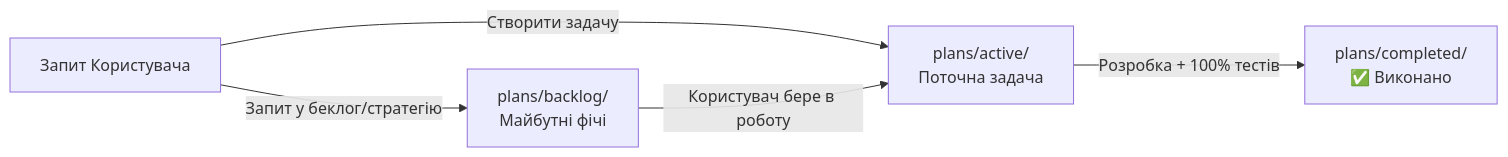
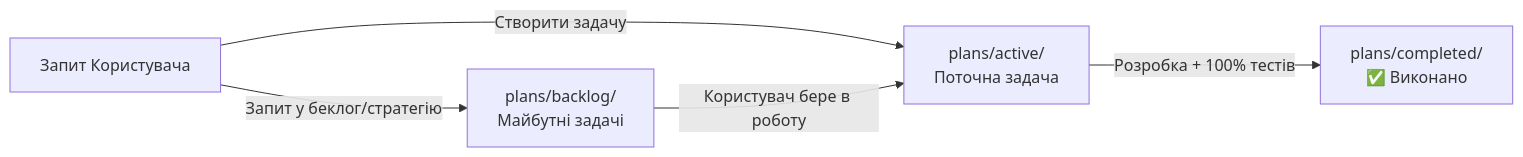
One commit to OlegFutornoi/SmartFeedStudio changed the diagram in plans/README.md. Above: the diagram before and after it, drawn with Mermaid. The commit also changed other lines of this file and 122 other files, not shown here.

First line of the commit message:
feat(local-db): implement docker sqlite dev parity and enforce local-first catalog architecture [skip ci]

````diff
--- a/plans/README.md
+++ b/plans/README.md
@@ -9,7 +9,7 @@
 ```mermaid
 graph LR
     User[Запит Користувача] -->|Створити задачу| Active[plans/active/<br/>Поточна задача]
-    User -->|Запит у беклог/стратегію| Backlog[plans/backlog/<br/>Майбутні фічі]
+    User -->|Запит у беклог/стратегію| Backlog[plans/backlog/<br/>Майбутні задачі]
     Backlog -->|Користувач бере в роботу| Active
     Active -->|Розробка + 100% тестів| Completed[plans/completed/<br/>✅ Виконано]
 ```
````
